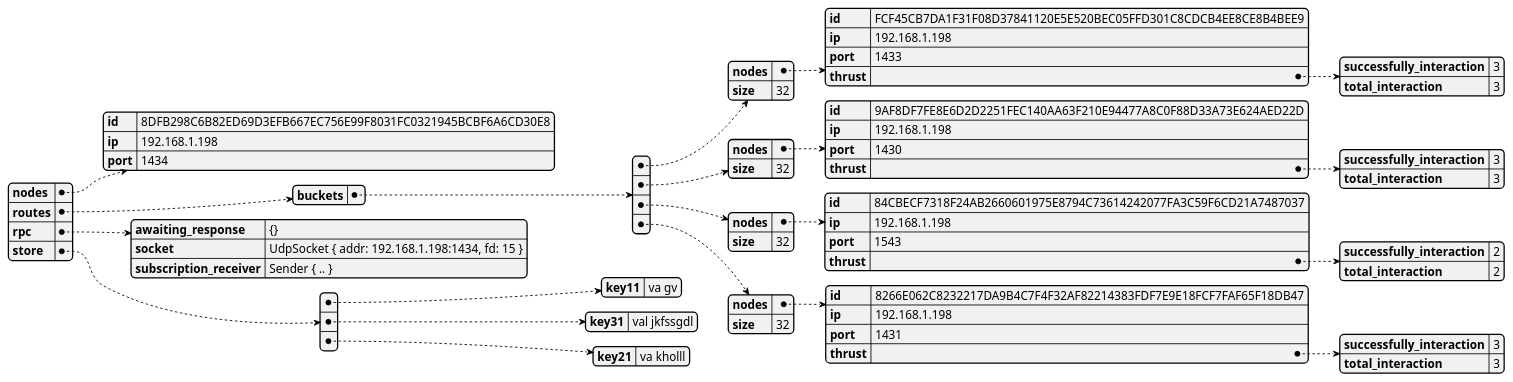
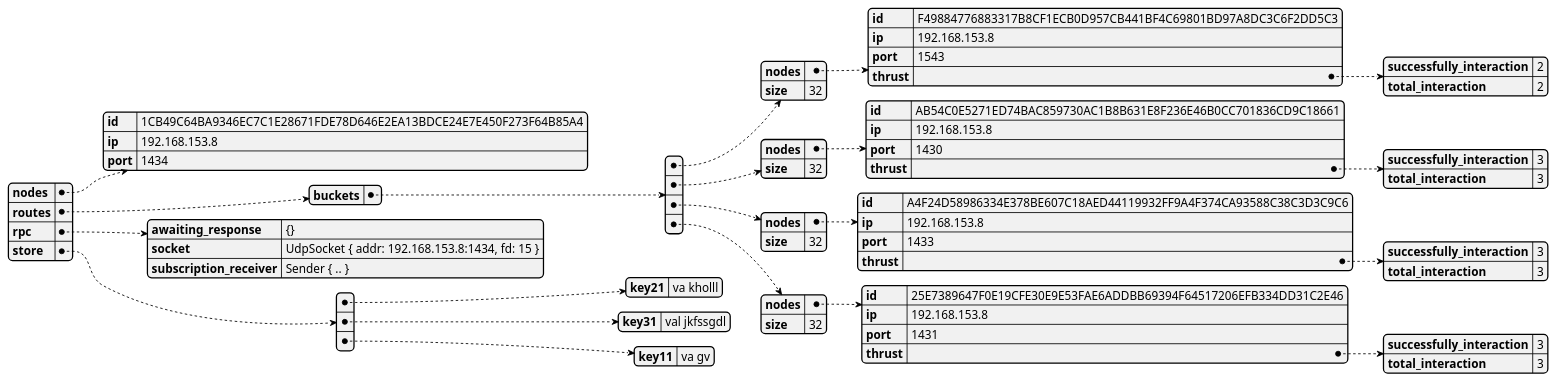
Before and after one commit to GoliathHagar/distributed_legder_kademlia: the diagram in src/distributed_legder/state_dumps/test-contact-4.json.plantuml, drawn with PlantUML. The commit also changed 28 other files, not shown here.

```diff
--- a/src/distributed_legder/state_dumps/test-contact-4.json.plantuml
+++ b/src/distributed_legder/state_dumps/test-contact-4.json.plantuml
@@ -1,3 +1,3 @@
 @startjson
-{"nodes":{"id":"8DFB298C6B82ED69D3EFB667EC756E99F8031FC0321945BCBF6A6CD30E8","ip":"192.168.1.198","port":1434},"routes":{"buckets":[{"nodes":{"id":"FCF45CB7DA1F31F08D37841120E5E520BEC05FFD301C8CDCB4EE8CE8B4BEE9","ip":"192.168.1.198","port":1433,"thrust":{"successfully_interaction":3,"total_interaction":3}},"size":32},{"nodes":{"id":"9AF8DF7FE8E6D2D2251FEC140AA63F210E94477A8C0F88D33A73E624AED22D","ip":"192.168.1.198","port":1430,"thrust":{"successfully_interaction":3,"total_interaction":3}},"size":32},{"nodes":{"id":"84CBECF7318F24AB2660601975E8794C73614242077FA3C59F6CD21A7487037","ip":"192.168.1.198","port":1543,"thrust":{"successfully_interaction":2,"total_interaction":2}},"size":32},{"nodes":{"id":"8266E062C8232217DA9B4C7F4F32AF82214383FDF7E9E18FCF7FAF65F18DB47","ip":"192.168.1.198","port":1431,"thrust":{"successfully_interaction":3,"total_interaction":3}},"size":32}]},"rpc":{"awaiting_response":"{}","socket":"UdpSocket { addr: 192.168.1.198:1434, fd: 15 }","subscription_receiver":"Sender { .. }"},"store":[{"key11":"va gv"},{"key31":"val jkfssgdl"},{"key21":"va kholll"}]}
+{"nodes":{"id":"1CB49C64BA9346EC7C1E28671FDE78D646E2EA13BDCE24E7E450F273F64B85A4","ip":"192.168.153.8","port":1434},"routes":{"buckets":[{"nodes":{"id":"F49884776883317B8CF1ECB0D957CB441BF4C69801BD97A8DC3C6F2DD5C3","ip":"192.168.153.8","port":1543,"thrust":{"successfully_interaction":2,"total_interaction":2}},"size":32},{"nodes":{"id":"AB54C0E5271ED74BAC859730AC1B8B631E8F236E46B0CC701836CD9C18661","ip":"192.168.153.8","port":1430,"thrust":{"successfully_interaction":3,"total_interaction":3}},"size":32},{"nodes":{"id":"A4F24D58986334E378BE607C18AED44119932FF9A4F374CA93588C38C3D3C9C6","ip":"192.168.153.8","port":1433,"thrust":{"successfully_interaction":3,"total_interaction":3}},"size":32},{"nodes":{"id":"25E7389647F0E19CFE30E9E53FAE6ADDBB69394F64517206EFB334DD31C2E46","ip":"192.168.153.8","port":1431,"thrust":{"successfully_interaction":3,"total_interaction":3}},"size":32}]},"rpc":{"awaiting_response":"{}","socket":"UdpSocket { addr: 192.168.153.8:1434, fd: 15 }","subscription_receiver":"Sender { .. }"},"store":[{"key21":"va kholll"},{"key31":"val jkfssgdl"},{"key11":"va gv"}]}
 @endjson
```
